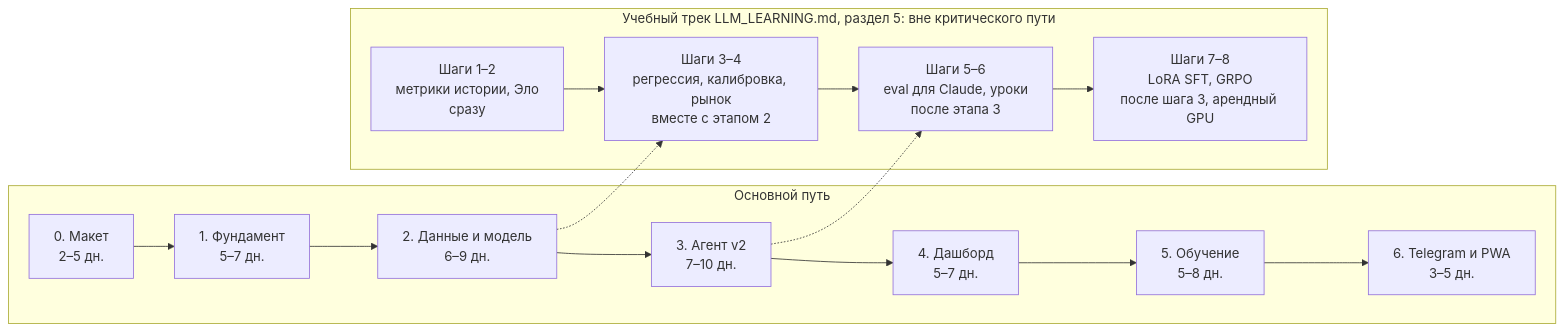
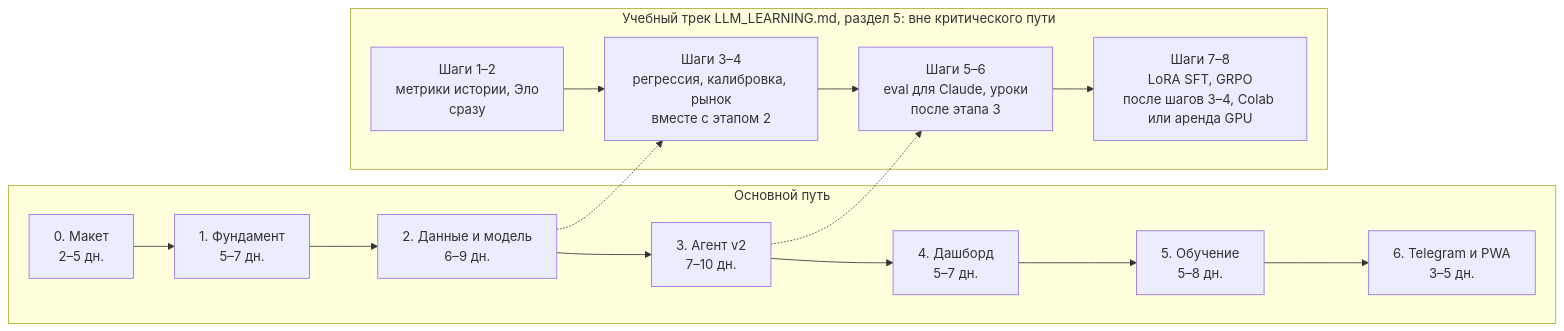
One commit to rvburov/ai_agent_capper changed the third of 3 diagrams in docs/PLAN.md. Above: the diagram before and after it, drawn with Mermaid. The commit also changed other lines of this file and 1 other file, not shown here.

````diff
--- a/docs/PLAN.md
+++ b/docs/PLAN.md
@@ -550,11 +552,11 @@
 ```mermaid
 flowchart LR
   subgraph main["Основной путь"]
     E0["0. Макет<br/>2–5 дн."] --> E1["1. Фундамент<br/>5–7 дн."] --> E2["2. Данные и модель<br/>6–9 дн."] --> E3["3. Агент v2<br/>7–10 дн."] --> E4["4. Дашборд<br/>5–7 дн."] --> E5["5. Обучение<br/>5–8 дн."] --> E6["6. Telegram и PWA<br/>3–5 дн."]
   end
   subgraph lab["Учебный трек LLM_LEARNING.md, раздел 5: вне критического пути"]
-    L1["Шаги 1–2<br/>метрики истории, Эло<br/>сразу"] --> L2["Шаги 3–4<br/>регрессия, калибровка, рынок<br/>вместе с этапом 2"] --> L3["Шаги 5–6<br/>eval для Claude, уроки<br/>после этапа 3"] --> L4["Шаги 7–8<br/>LoRA SFT, GRPO<br/>после шага 3, арендный GPU"]
+    L1["Шаги 1–2<br/>метрики истории, Эло<br/>сразу"] --> L2["Шаги 3–4<br/>регрессия, калибровка, рынок<br/>вместе с этапом 2"] --> L3["Шаги 5–6<br/>eval для Claude, уроки<br/>после этапа 3"] --> L4["Шаги 7–8<br/>LoRA SFT, GRPO<br/>после шагов 3–4, Colab или аренда GPU"]
   end
   E2 -.-> L2
   E3 -.-> L3
 ```
````
